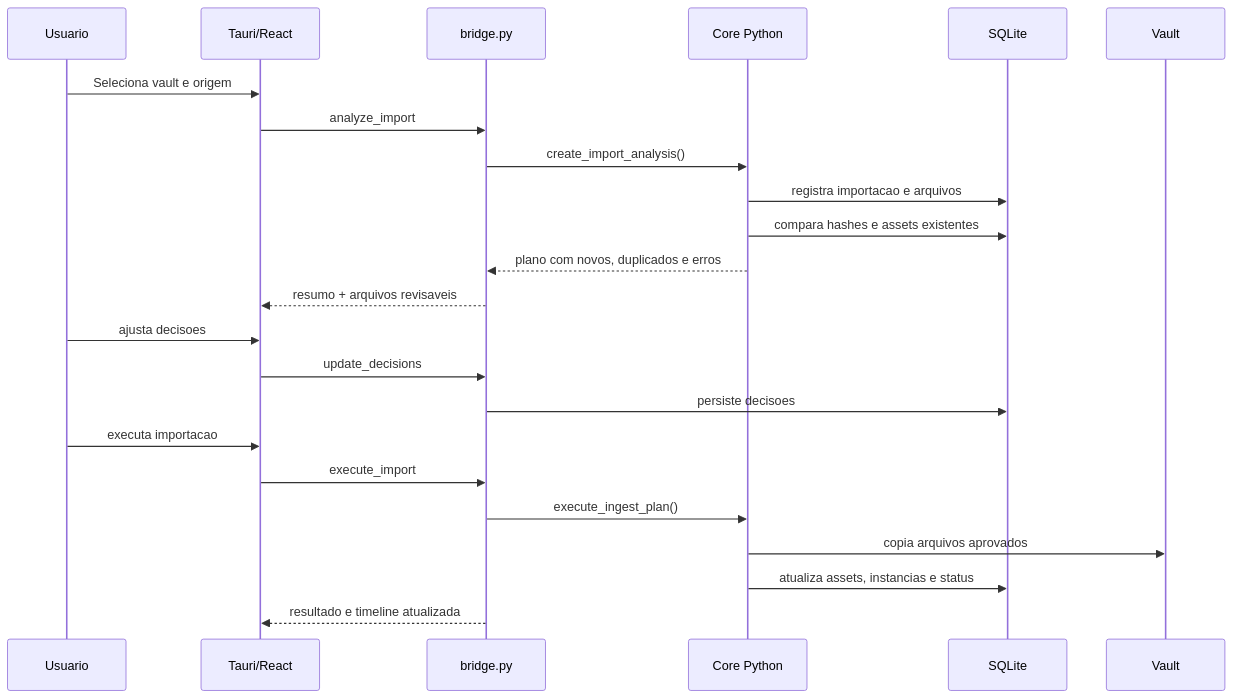
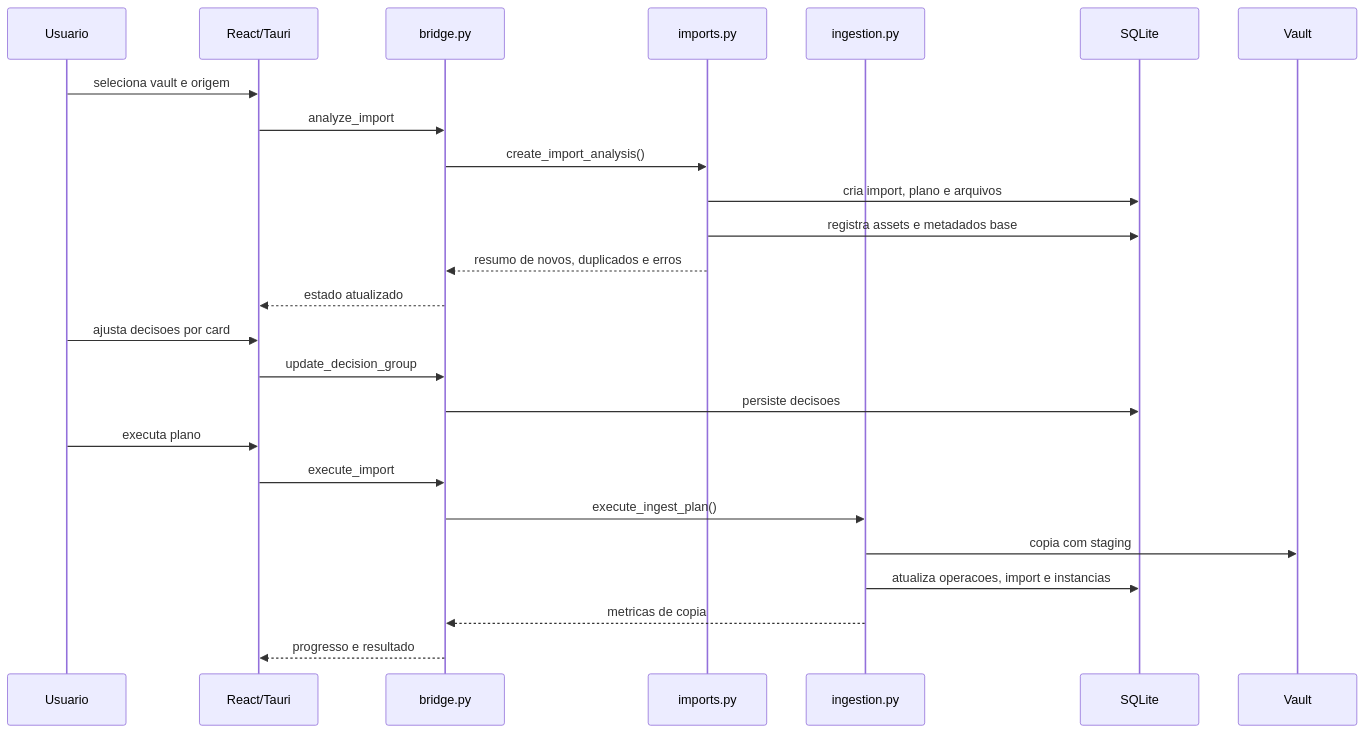
One commit to caiosegovia/PhotoVault changed the second of 2 diagrams in README.md. Above: the diagram before and after it, drawn with Mermaid. The commit also changed other lines of this file and 26 other files, not shown here.

````diff
--- a/README.md
+++ b/README.md
@@ -77,26 +83,28 @@
 ```mermaid
 sequenceDiagram
     participant U as Usuario
-    participant UI as Tauri/React
+    participant UI as React/Tauri
     participant B as bridge.py
-    participant C as Core Python
+    participant I as imports.py
+    participant E as ingestion.py
     participant DB as SQLite
     participant V as Vault
 
-    U->>UI: Seleciona vault e origem
+    U->>UI: seleciona vault e origem
     UI->>B: analyze_import
-    B->>C: create_import_analysis()
-    C->>DB: registra importacao e arquivos
-    C->>DB: compara hashes e assets existentes
-    C-->>B: plano com novos, duplicados e erros
-    B-->>UI: resumo + arquivos revisaveis
-    U->>UI: ajusta decisoes
-    UI->>B: update_decisions
+    B->>I: create_import_analysis()
+    I->>DB: cria import, plano e arquivos
+    I->>DB: registra assets e metadados base
+    I-->>B: resumo de novos, duplicados e erros
+    B-->>UI: estado atualizado
+    U->>UI: ajusta decisoes por card
+    UI->>B: update_decision_group
     B->>DB: persiste decisoes
-    U->>UI: executa importacao
+    U->>UI: executa plano
     UI->>B: execute_import
-    B->>C: execute_ingest_plan()
-    C->>V: copia arquivos aprovados
-    C->>DB: atualiza assets, instancias e status
-    B-->>UI: resultado e timeline atualizada
+    B->>E: execute_ingest_plan()
+    E->>V: copia com staging
+    E->>DB: atualiza operacoes, import e instancias
+    E-->>B: metricas de copia
+    B-->>UI: progresso e resultado
 ```
````
